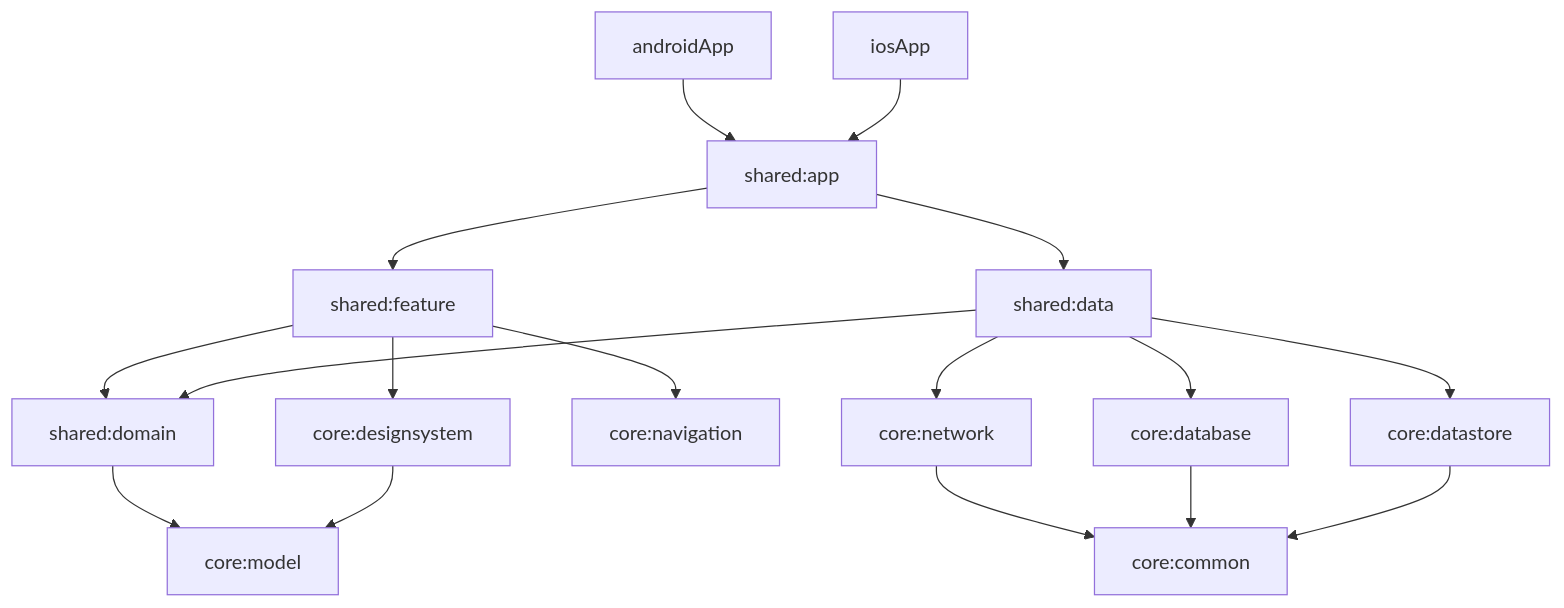
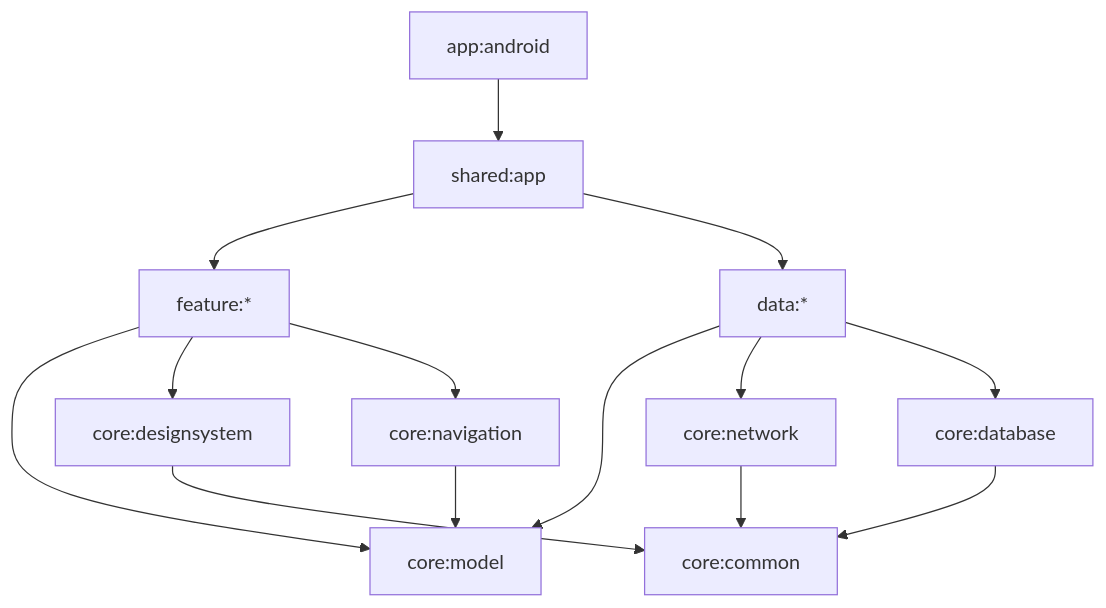
The second of 9 diagrams in docs/anime项目完整详细设计文档.md (Sherlock-Holmos/anime), drawn with Mermaid before and after one commit. The commit also changed other lines of this file and 22 other files, not shown here.

````diff
--- a/docs/anime项目完整详细设计文档.md
+++ b/docs/anime项目完整详细设计文档.md
@@ -445,19 +436,16 @@
 ```mermaid
 flowchart TD
-    Android[androidApp] --> App[shared:app]
-    iOS[iosApp] --> App
-    App --> Feature[shared:feature]
-    App --> Data[shared:data]
-    Feature --> Domain[shared:domain]
+    Android[app:android] --> App[shared:app]
+    App --> Feature[feature:*]
+    App --> Data[data:*]
+    Feature --> Model[core:model]
     Feature --> DS[core:designsystem]
     Feature --> Nav[core:navigation]
-    Data --> Domain
+    Data --> Model
     Data --> Net[core:network]
     Data --> DB[core:database]
-    Data --> Store[core:datastore]
-    Domain --> Model[core:model]
     Net --> Common[core:common]
     DB --> Common
-    Store --> Common
-    DS --> Model
+    DS --> Common[core:common]
+    Nav --> Model
 ```
````
